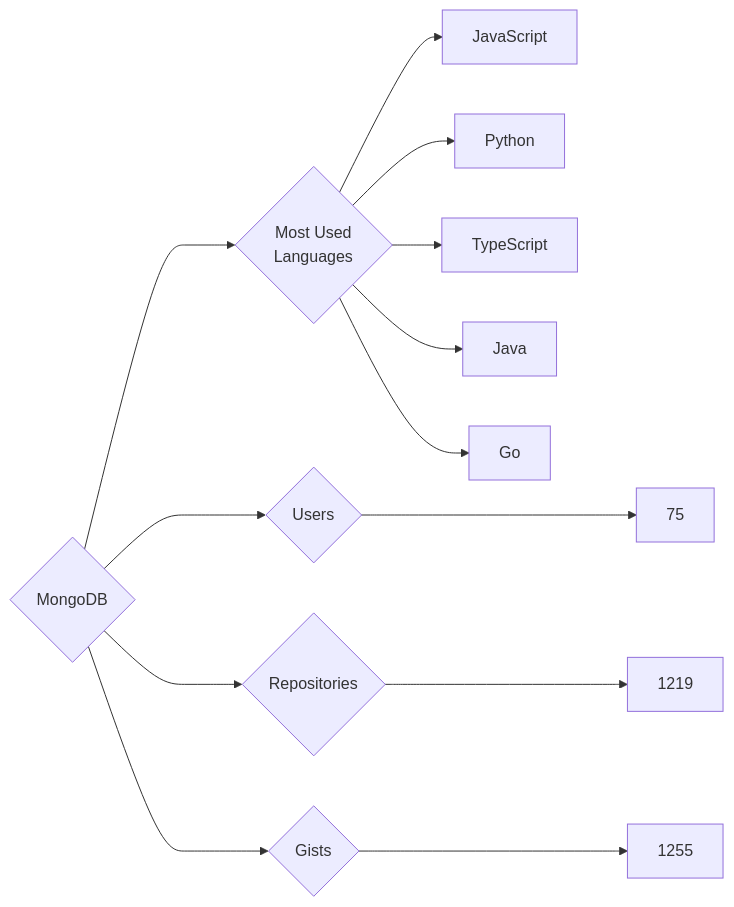
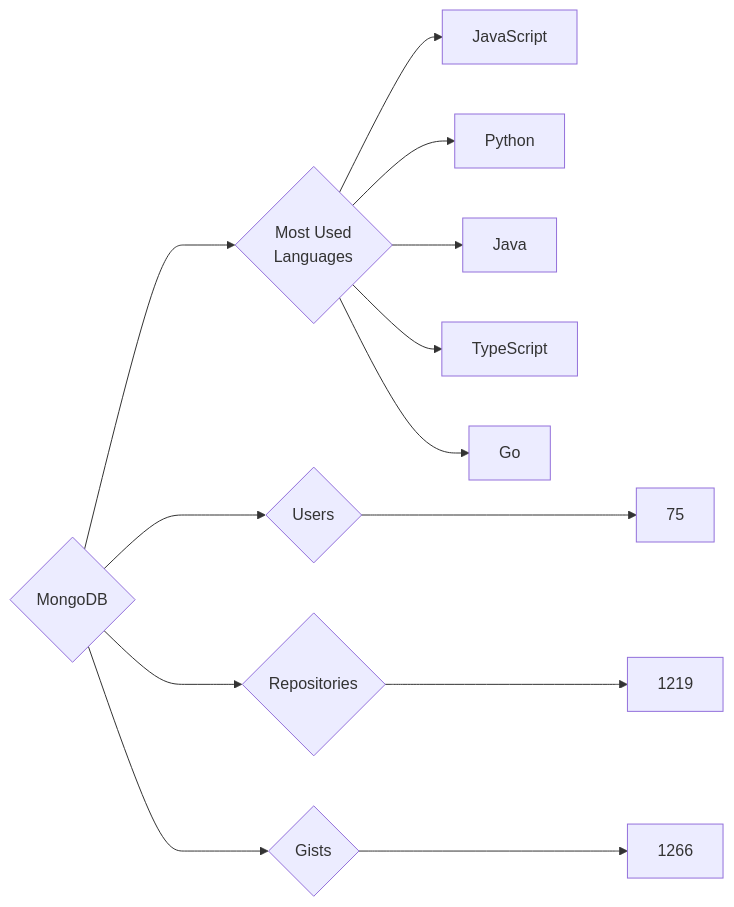
One commit to trickest/insiders changed the diagram in targets/MongoDB/README.md. Above: the diagram before and after it, drawn with Mermaid. The commit also changed 794 other files, not shown here.

````diff
--- a/targets/MongoDB/README.md
+++ b/targets/MongoDB/README.md
@@ -3,13 +3,13 @@
 ```mermaid
 graph LR
 COMPANY_NAME{MongoDB}
 COMPANY_NAME ---> U{Users} ---> UN[75]
 COMPANY_NAME ---> R{Repositories} ---> RN[1219]
-COMPANY_NAME ---> G{Gists} ---> GN[1255]
+COMPANY_NAME ---> G{Gists} ---> GN[1266]
 COMPANY_NAME ---> ML{Most Used<br>Languages}
 ML --> JavaScript[JavaScript]
 ML --> Python[Python]
+ML --> Java[Java]
 ML --> TypeScript[TypeScript]
-ML --> Java[Java]
 ML --> Go[Go]
 ```
````
